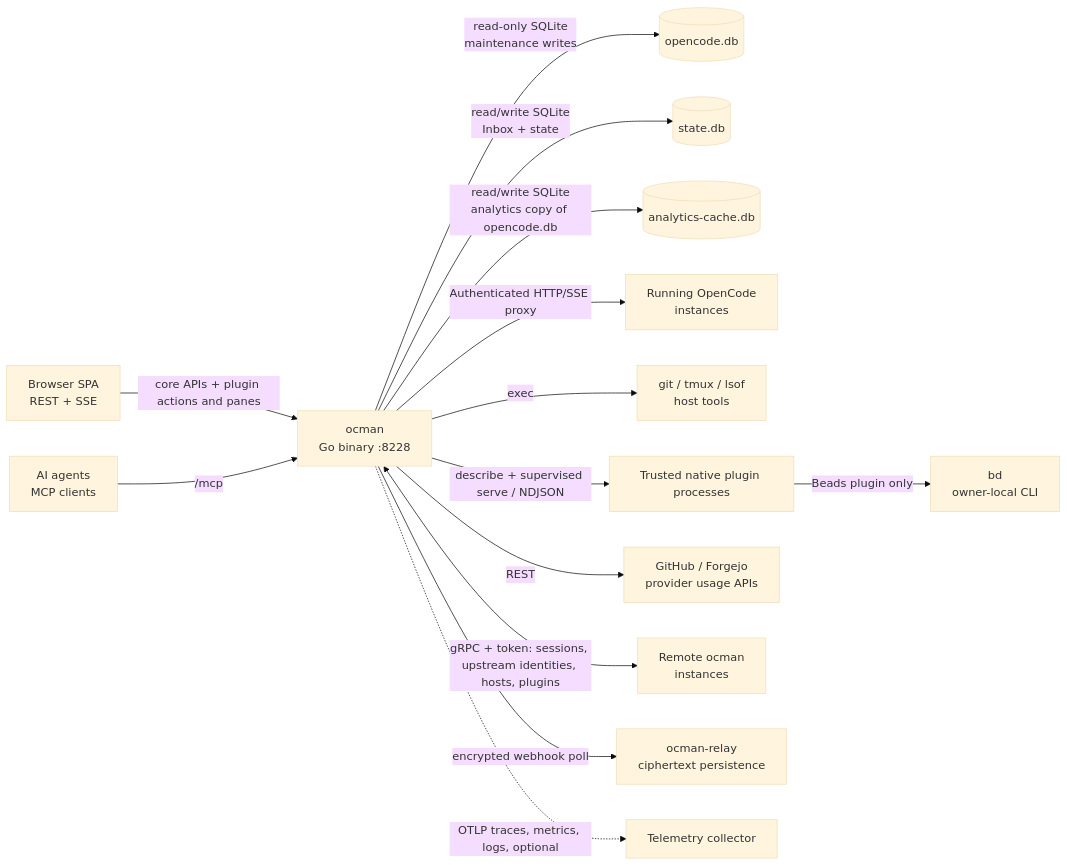
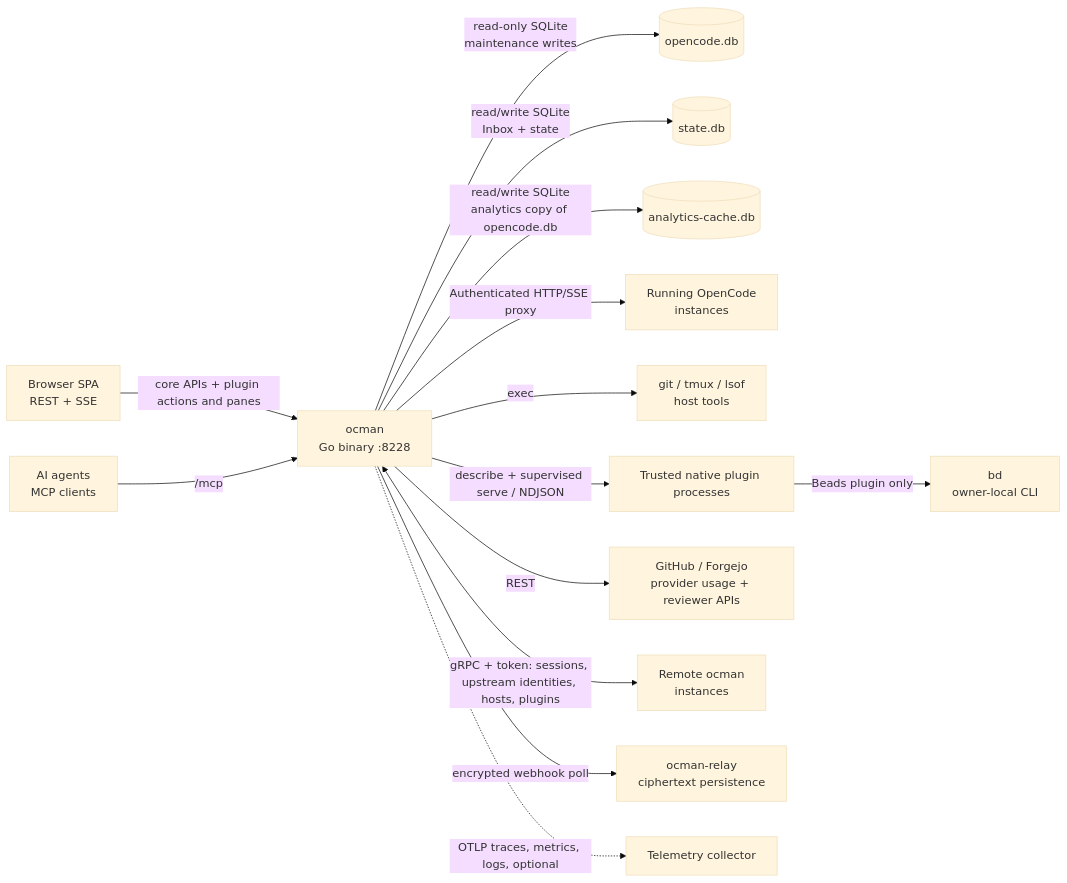
One commit to ocman/ocman changed the second of 5 diagrams in docs/other/architecture.md. Above: the diagram before and after it, drawn with Mermaid (base theme). The commit also changed other lines of this file and 22 other files, not shown here.

````diff
--- a/docs/other/architecture.md
+++ b/docs/other/architecture.md
@@ -50,16 +50,16 @@
 ```mermaid
 flowchart LR
     Browser[Browser SPA<br/>REST + SSE] -->|core APIs + plugin actions and panes| Ocman[ocman<br/>Go binary :8228]
     Agent[AI agents<br/>MCP clients] -->|/mcp| Ocman
     Ocman -->|read-only SQLite<br/>maintenance writes| OCDB[(opencode.db)]
     Ocman -->|read/write SQLite<br/>Inbox + state| StateDB[(state.db)]
     Ocman -->|read/write SQLite<br/>analytics copy of opencode.db| Cache[(analytics-cache.db)]
     Ocman -->|Authenticated HTTP/SSE proxy| OCInst[Running OpenCode<br/>instances]
     Ocman -->|exec| Shell[git / tmux / lsof<br/>host tools]
     Ocman -->|describe + supervised serve / NDJSON| PluginExec[Trusted native plugin processes]
     PluginExec -->|Beads plugin only| Beads[bd<br/>owner-local CLI]
-    Ocman -->|REST| APIs[GitHub / Forgejo<br/>provider usage APIs]
+    Ocman -->|REST| APIs[GitHub / Forgejo<br/>provider usage + reviewer APIs]
     Ocman <-->|gRPC + token: sessions, upstream identities, hosts, plugins| Remotes[Remote ocman<br/>instances]
     Ocman -->|encrypted webhook poll| Relay[ocman-relay<br/>ciphertext persistence]
     Ocman -.->|OTLP traces, metrics, logs, optional| Otel[Telemetry collector]
 ```
````
